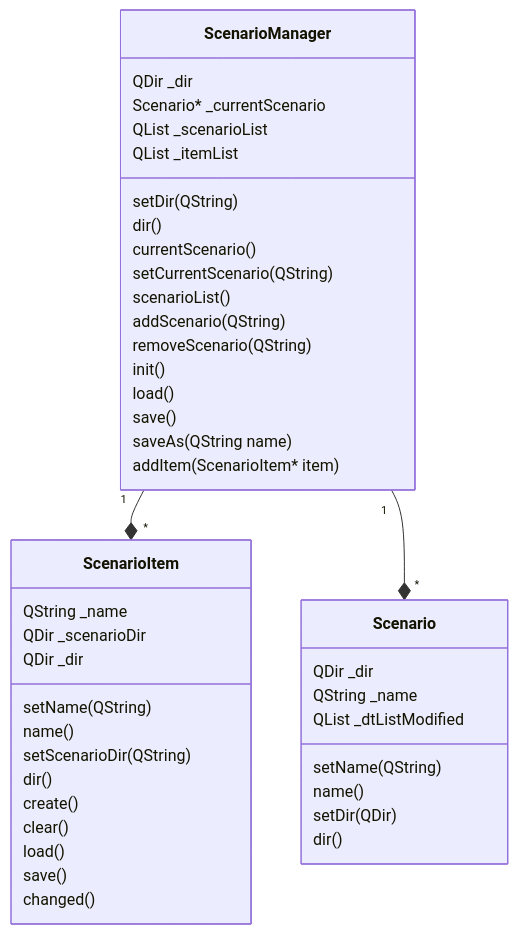
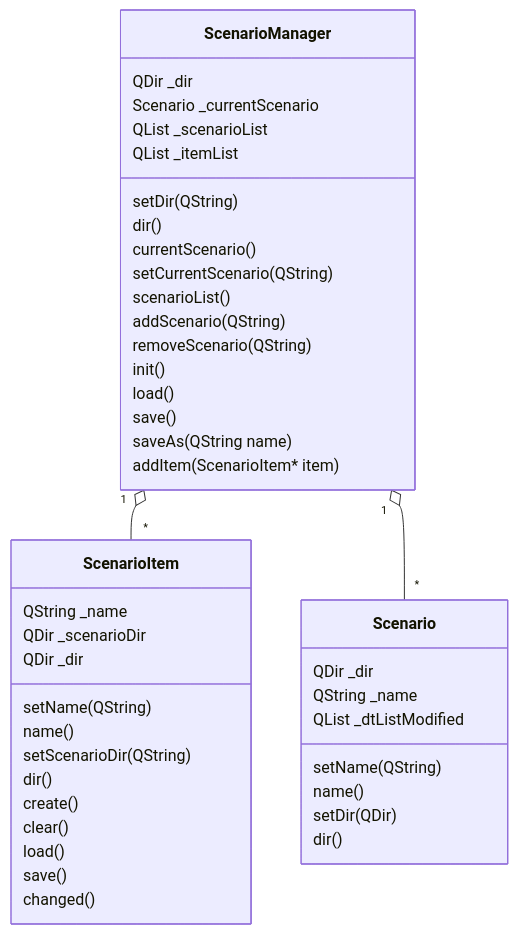
The tenth of 23 diagrams in Doc/BGP平台应用层设计.md (MJYCo-Ltd/Map), drawn with Mermaid before and after one commit. The commit also changed other lines of this file and 16 other files, not shown here.

````diff
--- a/Doc/BGP平台应用层设计.md
+++ b/Doc/BGP平台应用层设计.md
@@ -232,43 +232,43 @@
 ```mermaid
 classDiagram
 class ScenarioManager
 ScenarioManager : QDir _dir
-ScenarioManager : Scenario* _currentScenario
-ScenarioManager : QList<Scenario*>  _scenarioList
-ScenarioManager : QList<ScenarioItem*>  _itemList
+ScenarioManager : Scenario _currentScenario
+ScenarioManager : QList<Scenario>  _scenarioList
+ScenarioManager : QList<ScenarioItem>  _itemList
 ScenarioManager : setDir(QString)
 ScenarioManager : dir()
 ScenarioManager : currentScenario()
 ScenarioManager : setCurrentScenario(QString)
 ScenarioManager : scenarioList()
 ScenarioManager : addScenario(QString)
 ScenarioManager : removeScenario(QString)
 ScenarioManager : init()
 ScenarioManager : load()
 ScenarioManager : save()
 ScenarioManager : saveAs(QString name)
 ScenarioManager : addItem(ScenarioItem* item)
-ScenarioManager  "1"-- * "*" ScenarioItem
-ScenarioManager  "1"-- * "*" Scenario
+ScenarioManager  "1" o-- "*" ScenarioItem
+ScenarioManager  "1" o-- "*" Scenario
 class Scenario
 Scenario : QDir  _dir
 Scenario : QString  _name
 Scenario : QList<QDateTime>  _dtListModified
 Scenario : setName(QString)
 Scenario : name()
 Scenario : setDir(QDir)
 Scenario : dir()
 class ScenarioItem
 ScenarioItem : QString  _name
 ScenarioItem : QDir _scenarioDir
 ScenarioItem : QDir _dir
 ScenarioItem : setName(QString)
 ScenarioItem : name()
 ScenarioItem : setScenarioDir(QString)
 ScenarioItem : dir()
 ScenarioItem : create()
 ScenarioItem : clear()
 ScenarioItem : load()
 ScenarioItem : save()
 ScenarioItem : changed()
 ```
````
